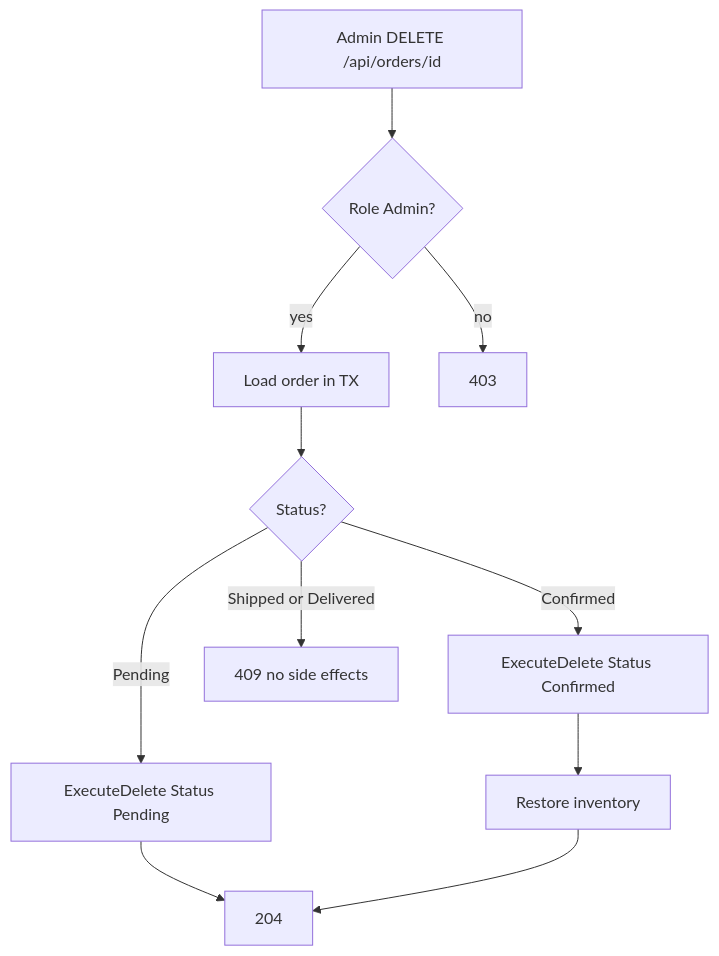
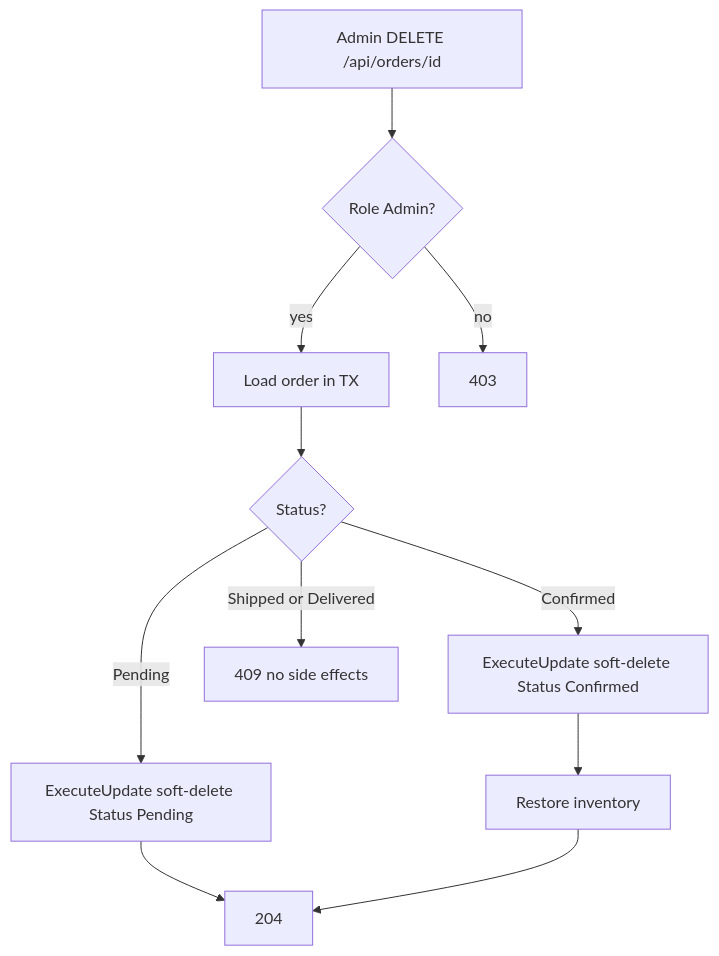
The fourth of 6 diagrams in README.md (abolfathi/rpkTask), drawn with Mermaid before and after one commit. The commit also changed other lines of this file and 7 other files, not shown here.

Commit message:
Switch admin order delete to soft delete with inventory-safe rules.

````diff
--- a/README.md
+++ b/README.md
@@ -458,19 +458,19 @@
 ```mermaid
 flowchart TD
   Client[Admin DELETE /api/orders/id]
   Auth{"Role Admin?"}
   Load[Load order in TX]
   Status{Status?}
-  DelPending[ExecuteDelete Status Pending]
-  DelConfirmed[ExecuteDelete Status Confirmed]
+  SoftPending[ExecuteUpdate soft-delete Status Pending]
+  SoftConfirmed[ExecuteUpdate soft-delete Status Confirmed]
   Restock[Restore inventory]
   Conflict409[409 no side effects]
   Ok204[204]
   Client --> Auth
   Auth -->|no| Forbidden[403]
   Auth -->|yes| Load
   Load --> Status
-  Status -->|Pending| DelPending --> Ok204
-  Status -->|Confirmed| DelConfirmed --> Restock --> Ok204
+  Status -->|Pending| SoftPending --> Ok204
+  Status -->|Confirmed| SoftConfirmed --> Restock --> Ok204
   Status -->|Shipped or Delivered| Conflict409
 ```
````
